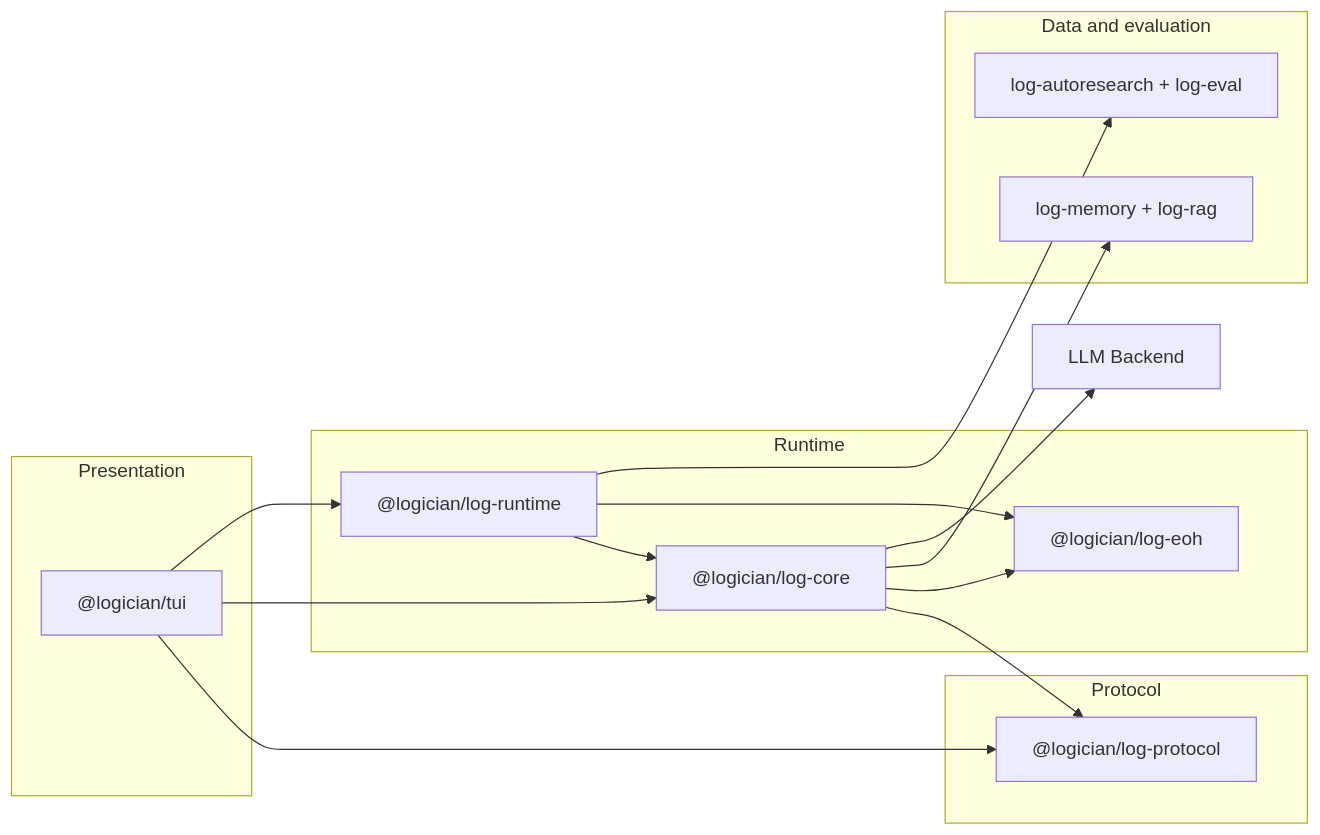
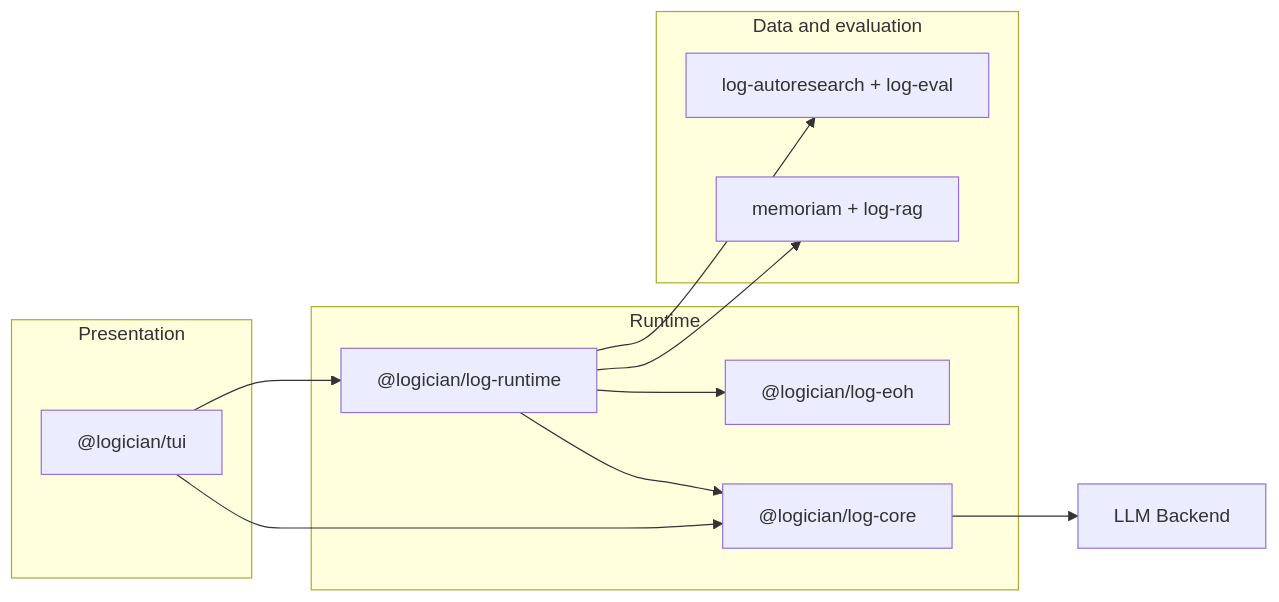
Before and after one commit to lseman/logician: the first of 2 diagrams in docs/architecture/overview.md, drawn with Mermaid. The commit also changed other lines of this file and 37 other files, not shown here.

````diff
--- a/docs/architecture/overview.md
+++ b/docs/architecture/overview.md
@@ -12,28 +12,22 @@
 ```mermaid
 graph LR
   subgraph Presentation
     A["@logician/tui"]
-  end
-  subgraph Protocol
-    P["@logician/log-protocol"]
   end
   subgraph Runtime
     C["@logician/log-core"]
     D["@logician/log-runtime"]
     H["@logician/log-eoh"]
   end
   subgraph DataAndEvaluation["Data and evaluation"]
-    M["log-memory + log-rag"]
+    M["memoriam + log-rag"]
     E["log-autoresearch + log-eval"]
   end
-  A --> P
   A --> C
-  C --> P
   D --> C
   D --> H
-  C --> H
   A --> D
-  C --> M
+  D --> M
   D --> E
   C --> L[LLM Backend]
 ```
````
